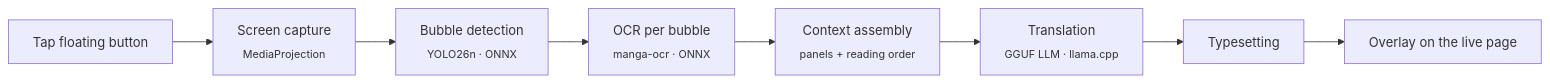
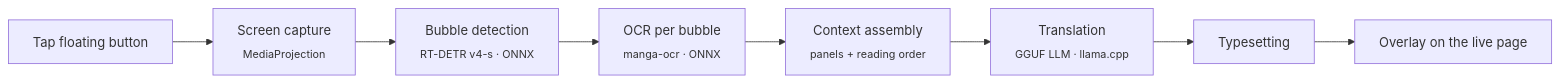
Before and after one commit to artsaraiva/yomu: the diagram in README.md, drawn with Mermaid. The commit also changed other lines of this file and 2 other files, not shown here.

Commit message:
docs: record the RT-DETR detector in ADR-0020

````diff
--- a/README.md
+++ b/README.md
@@ -75,10 +75,10 @@
 ```mermaid
 flowchart LR
     A[Tap floating button] --> B[Screen capture<br/><sub>MediaProjection</sub>]
-    B --> C[Bubble detection<br/><sub>YOLO26n · ONNX</sub>]
+    B --> C[Bubble detection<br/><sub>RT-DETR v4-s · ONNX</sub>]
     C --> D[OCR per bubble<br/><sub>manga-ocr · ONNX</sub>]
     D --> E[Context assembly<br/><sub>panels + reading order</sub>]
     E --> F[Translation<br/><sub>GGUF LLM · llama.cpp</sub>]
     F --> G[Typesetting]
     G --> H[Overlay on the live page]
 ```
````
